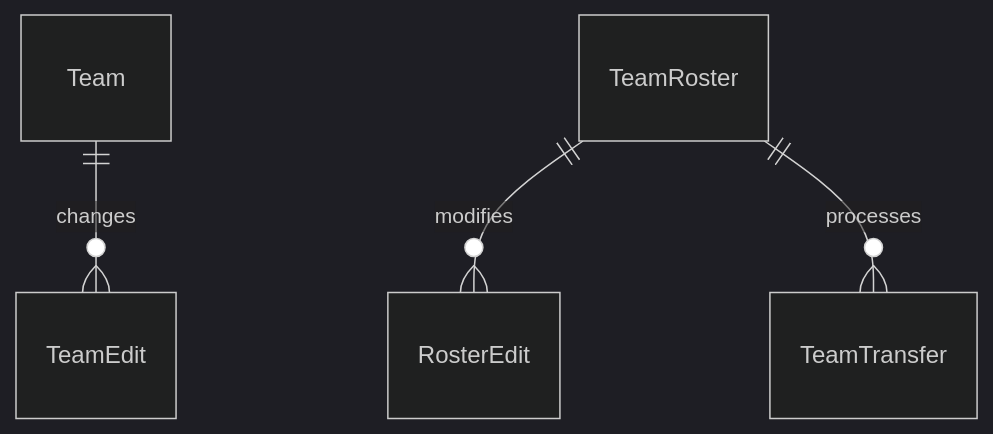
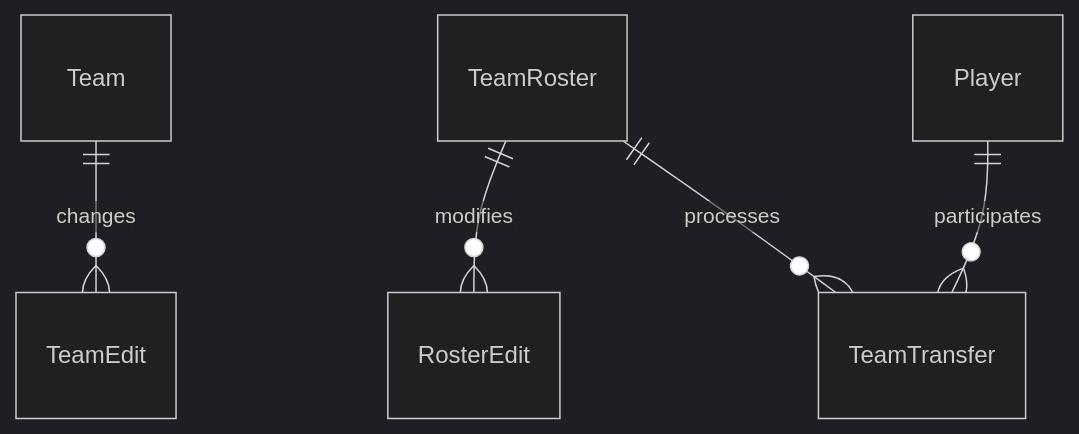
Before and after one commit to MarioKartCentral/MarioKartCentral: the fifth of 16 diagrams in docs/database.md, drawn with Mermaid (dark theme). The commit also changed other lines of this file and 37 other files, not shown here.

Commit message:
Implement multi-database architecture

````diff
--- a/docs/database.md
+++ b/docs/database.md
@@ -206,7 +206,8 @@
 ```mermaid
 erDiagram
     %% Changes
     Team ||--o{ TeamEdit : "changes"
     TeamRoster ||--o{ RosterEdit : "modifies"
     TeamRoster ||--o{ TeamTransfer : "processes"
+    Player ||--o{ TeamTransfer : "participates"
 ```
````
